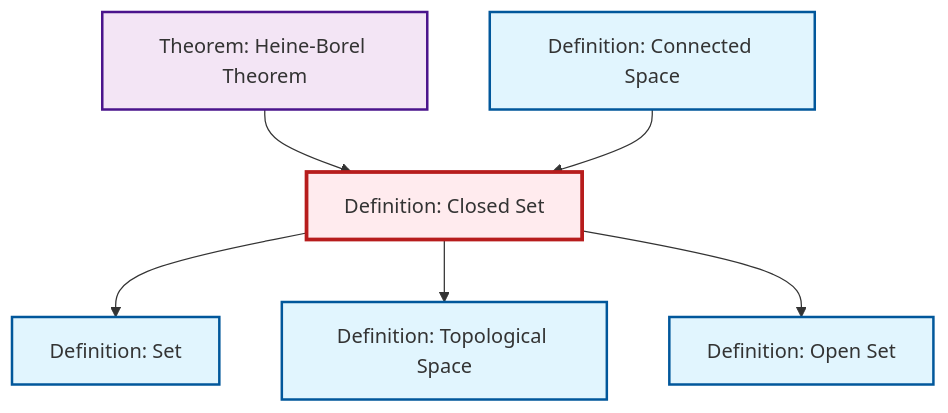
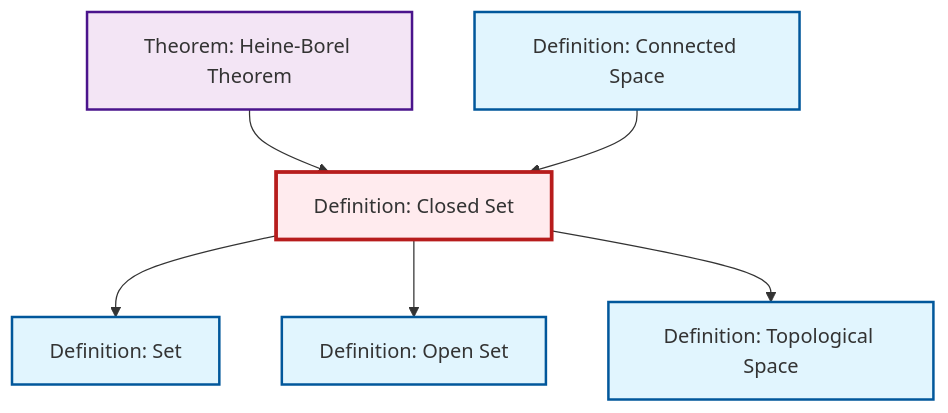
Before and after one commit to RK0429/ModernMath: the diagram in content/ja/topology/def-closed-set.qmd, drawn with Mermaid. The commit also changed other lines of this file and 634 other files, not shown here.

````diff
--- a/content/ja/topology/def-closed-set.qmd
+++ b/content/ja/topology/def-closed-set.qmd
@@ -45,26 +45,26 @@
 ```{mermaid}
 %%| fig-cap: "Local dependency graph"
 graph TD
     classDef definition fill:#e1f5fe,stroke:#01579b,stroke-width:2px
     classDef theorem fill:#f3e5f5,stroke:#4a148c,stroke-width:2px
     classDef axiom fill:#fff3e0,stroke:#e65100,stroke-width:2px
     classDef example fill:#e8f5e9,stroke:#1b5e20,stroke-width:2px
     classDef current fill:#ffebee,stroke:#b71c1c,stroke-width:3px
-    def-open-set["Definition: Open Set"]:::definition
-    def-set["Definition: Set"]:::definition
-    def-connected["Definition: Connected Space"]:::definition
+    thm-heine-borel["Theorem: Heine-Borel Theorem"]:::theorem
     def-topological-space["Definition: Topological Space"]:::definition
     def-closed-set["Definition: Closed Set"]:::definition
-    thm-heine-borel["Theorem: Heine-Borel Theorem"]:::theorem
+    def-set["Definition: Set"]:::definition
+    def-open-set["Definition: Open Set"]:::definition
+    def-connected["Definition: Connected Space"]:::definition
     def-closed-set --> def-set
     thm-heine-borel --> def-closed-set
+    def-connected --> def-closed-set
+    def-closed-set --> def-open-set
     def-closed-set --> def-topological-space
-    def-closed-set --> def-open-set
-    def-connected --> def-closed-set
     class def-closed-set current
+    click thm-heine-borel "thm-heine-borel.html" "Theorem: Heine-Borel Theoremへ"
+    click def-topological-space "def-topological-space.html" "Definition: Topological Spaceへ"
+    click def-set "def-set.html" "Definition: Setへ"
     click def-open-set "def-open-set.html" "Definition: Open Setへ"
-    click def-set "def-set.html" "Definition: Setへ"
     click def-connected "def-connected.html" "Definition: Connected Spaceへ"
-    click def-topological-space "def-topological-space.html" "Definition: Topological Spaceへ"
-    click thm-heine-borel "thm-heine-borel.html" "Theorem: Heine-Borel Theoremへ"
 ```
````
